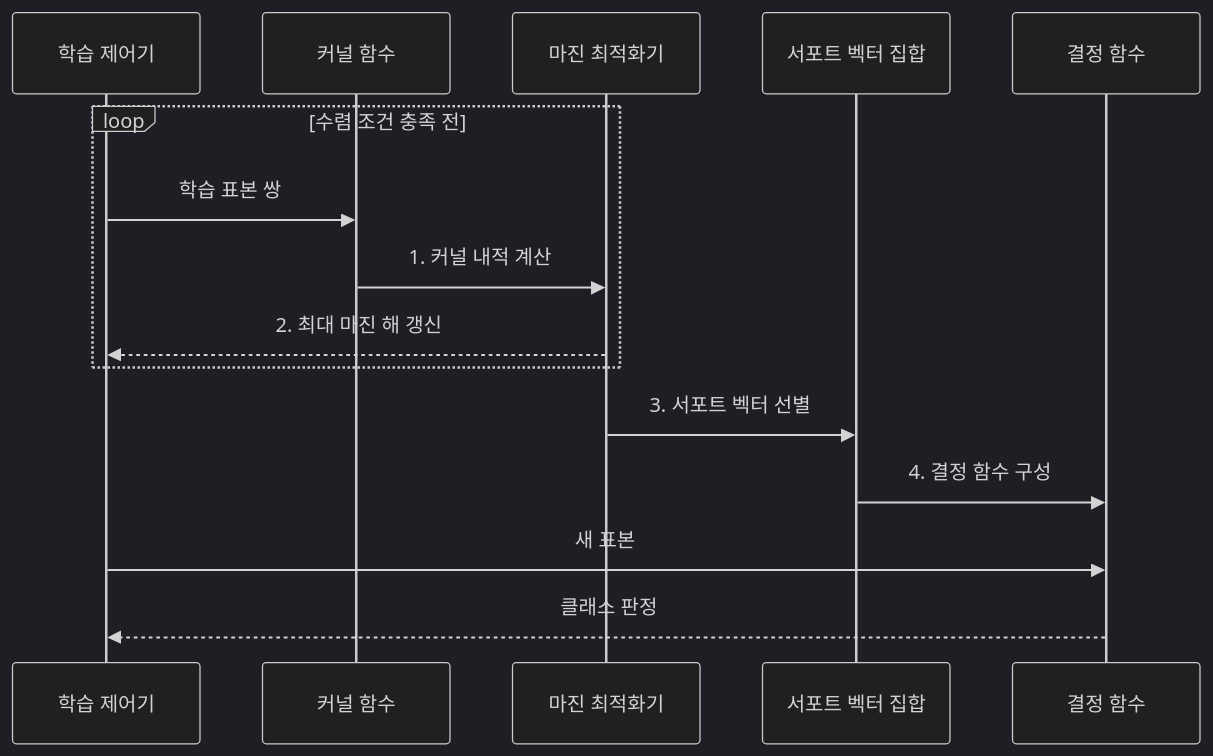
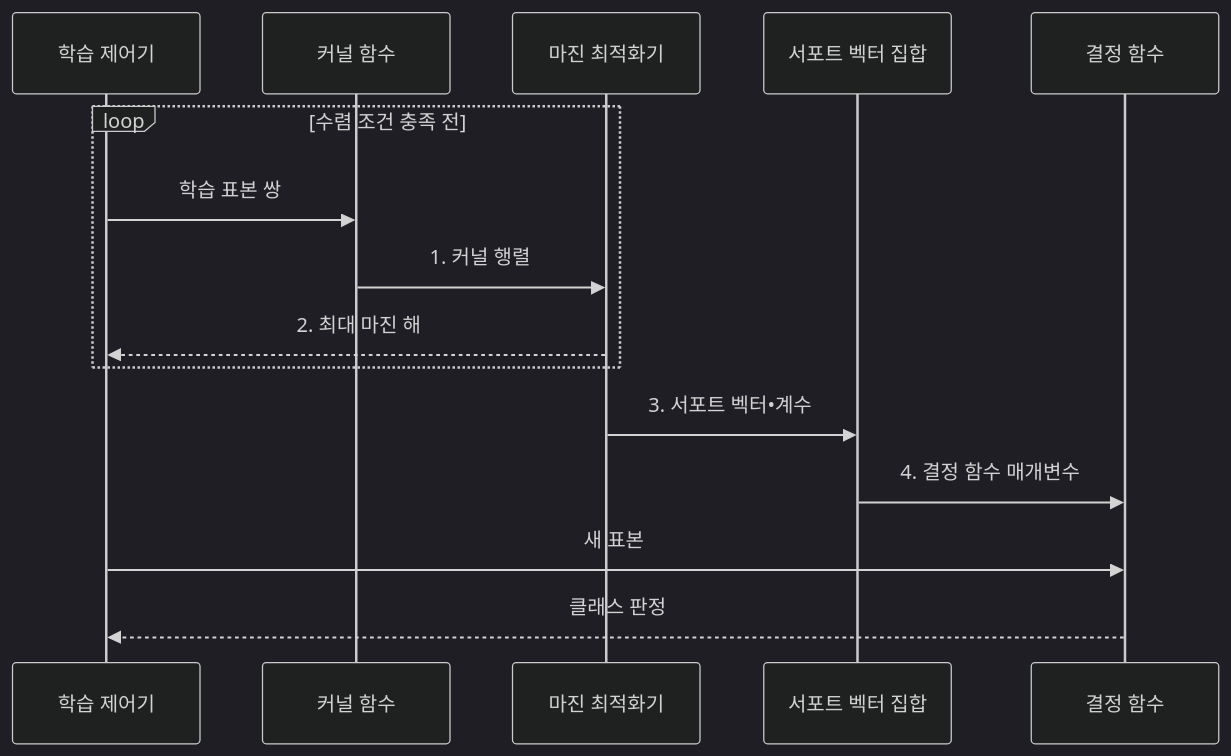
One commit to agnusdei1207/knowledge-base changed the second of 2 diagrams in src/content/docs/notes/01-basic-theory/050_svm.md. Above: the diagram before and after it, drawn with Mermaid (dark theme). The commit also changed other lines of this file and 17 other files, not shown here.

````diff
--- a/src/content/docs/notes/01-basic-theory/050_svm.md
+++ b/src/content/docs/notes/01-basic-theory/050_svm.md
@@ -92,17 +95,17 @@
 ```mermaid
 sequenceDiagram
     participant T as 학습 제어기
     participant K as 커널 함수
     participant O as 마진 최적화기
     participant S as 서포트 벡터 집합
     participant F as 결정 함수
     loop 수렴 조건 충족 전
         T->>K: 학습 표본 쌍
-        K->>O: 1. 커널 내적 계산
-        O-->>T: 2. 최대 마진 해 갱신
+        K->>O: 1. 커널 행렬
+        O-->>T: 2. 최대 마진 해
     end
-    O->>S: 3. 서포트 벡터 선별
-    S->>F: 4. 결정 함수 구성
+    O->>S: 3. 서포트 벡터•계수
+    S->>F: 4. 결정 함수 매개변수
     T->>F: 새 표본
     F-->>T: 클래스 판정
 ```
````
